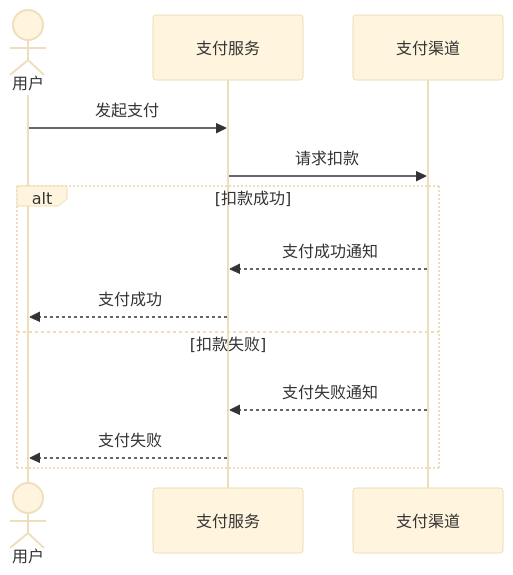
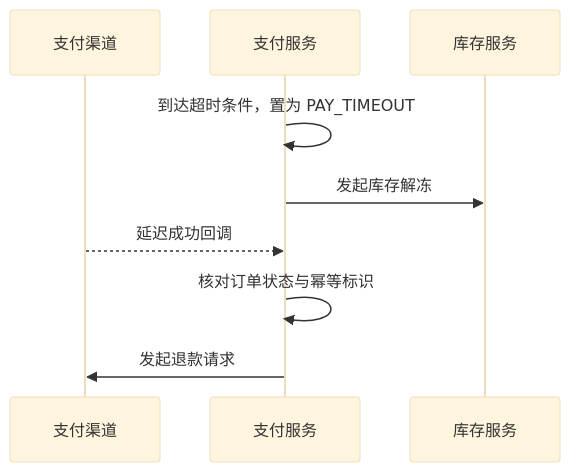
One commit to fjay/knowledge-dock changed the diagram in docs/examples/payment-flow.md. Above: the diagram before and after it, drawn with Mermaid (base theme). The commit also changed other lines of this file and 17 other files, not shown here.

````diff
--- a/docs/examples/payment-flow.md
+++ b/docs/examples/payment-flow.md
@@ -109,15 +44,11 @@
 ```mermaid
 sequenceDiagram
-    actor User as 用户
-    participant Pay as 支付服务
-    participant Channel as 支付渠道
-    User->>Pay: 发起支付
-    Pay->>Channel: 请求扣款
-    alt 扣款成功
-        Channel-->>Pay: 支付成功通知
-        Pay-->>User: 支付成功
-    else 扣款失败
-        Channel-->>Pay: 支付失败通知
-        Pay-->>User: 支付失败
-    end
+    participant C as 支付渠道
+    participant P as 支付服务
+    participant I as 库存服务
+    P->>P: 到达超时条件，置为 PAY_TIMEOUT
+    P->>I: 发起库存解冻
+    C-->>P: 延迟成功回调
+    P->>P: 核对订单状态与幂等标识
+    P->>C: 发起退款请求
 ```
````
